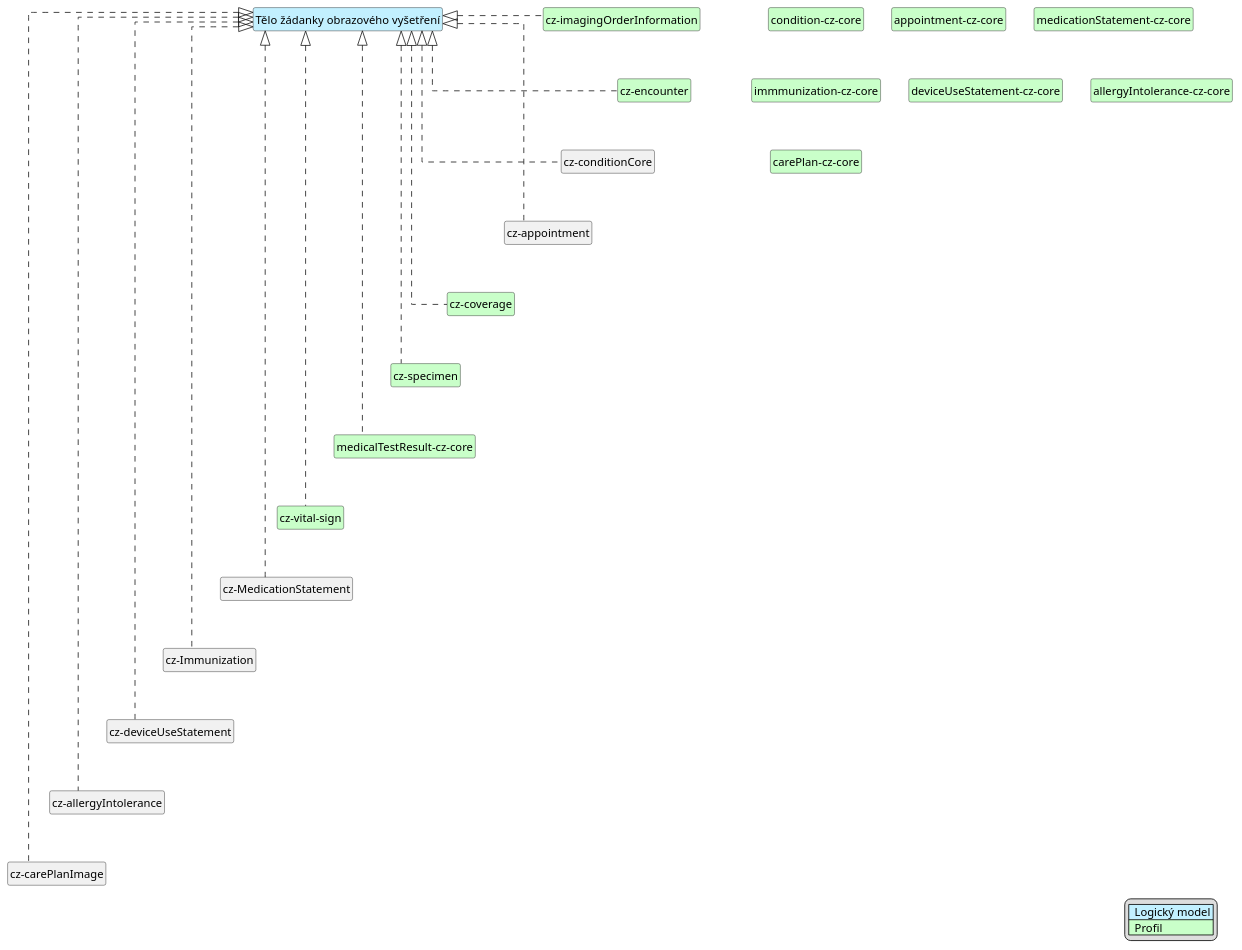
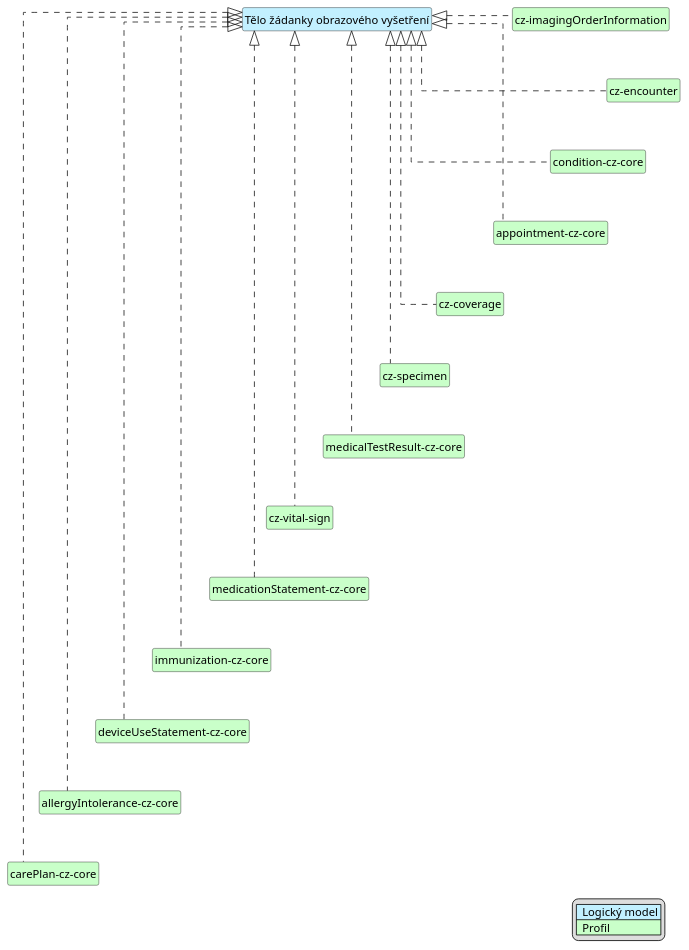
One commit to HL7-cz/img-order changed the diagram in input/images-source/imgOrderBody-map-cs.plantuml. Above: the diagram before and after it, drawn with PlantUML. The commit also changed 1 other file, not shown here.

Commit message:
Fix plantuml of body mapping

```diff
--- a/input/images-source/imgOrderBody-map-cs.plantuml
+++ b/input/images-source/imgOrderBody-map-cs.plantuml
@@ -1,58 +1,58 @@
 @startuml
 hide circle
 hide stereotype
 hide members
 hide methods
 skinparam linetype ortho
 skinparam class {
 BackgroundColor<<LogicalModel>> #APPLICATION
 BackgroundColor<<Profile>> #TECHNOLOGY
 }
 legend right
 | <#APPLICATION>  Logický model |
 | <#TECHNOLOGY>  Profil |
 endlegend
 class "Tělo žádanky obrazového vyšetření" <<LogicalModel>> [[StructureDefinition-BodyImageOrderCz.html]]
 
 class "cz-imagingOrderInformation" <<Profile>> [[StructureDefinition-cz-imagingOrderInformation.html]]
 class "condition-cz-core" <<Profile>> [[https://hl7.cz/fhir/core/StructureDefinition-condition-cz-core.html]]
 class "cz-encounter" <<Profile>> [[https://hl7.cz/fhir/core/StructureDefinition-cz-encounter.html]]
 class "cz-coverage" <<Profile>> [[https://hl7.cz/fhir/core/StructureDefinition-cz-coverage.html]]
 class "appointment-cz-core" <<Profile>> [[https://hl7.cz/fhir/core/StructureDefinition-appointment-cz-core.html]]
 class "cz-specimen" <<Profile>> [[https://hl7.cz/fhir/core/StructureDefinition-cz-specimen.html]]
 class "medicalTestResult-cz-core" <<Profile>> [[https://hl7.cz/fhir/core/StructureDefinition-medicalTestResult-cz-core.html]]
 class "cz-vital-sign" <<Profile>> [[StructureDefinition-cz-vital-sign.html]]
 class "medicationStatement-cz-core" <<Profile>> [[https://hl7.cz/fhir/core/StructureDefinition-medicationStatement-cz-core.html]]
-class "immmunization-cz-core" <<Profile>> [[https://hl7.cz/fhir/core/StructureDefinition-immunization-cz-core.html]]
+class "immunization-cz-core" <<Profile>> [[https://hl7.cz/fhir/core/StructureDefinition-immunization-cz-core.html]]
 class "deviceUseStatement-cz-core" <<Profile>> [[https://hl7.cz/fhir/core/StructureDefinition-deviceUseStatement-cz-core.html]]
 class "allergyIntolerance-cz-core" <<Profile>> [[https://hl7.cz/fhir/core/StructureDefinition-allergyIntolerance-cz-core.html]]
 class "carePlan-cz-core" <<Profile>> [[https://hl7.cz/fhir/core/StructureDefinition-carePlan-cz-core.html]]
 
 "Tělo žádanky obrazového vyšetření" <|. "cz-imagingOrderInformation"
-"Tělo žádanky obrazového vyšetření" <|. "cz-appointment"
+"Tělo žádanky obrazového vyšetření" <|. "appointment-cz-core"
 "Tělo žádanky obrazového vyšetření" <|. "cz-coverage"
-"Tělo žádanky obrazového vyšetření" <|. "cz-conditionCore"
+"Tělo žádanky obrazového vyšetření" <|. "condition-cz-core"
 "Tělo žádanky obrazového vyšetření" <|. "cz-encounter"
 "Tělo žádanky obrazového vyšetření" <|. "cz-specimen"
 "Tělo žádanky obrazového vyšetření" <|. "medicalTestResult-cz-core"
 "Tělo žádanky obrazového vyšetření" <|. "cz-vital-sign"
-"Tělo žádanky obrazového vyšetření" <|. "cz-MedicationStatement"
-"Tělo žádanky obrazového vyšetření" <|. "cz-Immunization"
-"Tělo žádanky obrazového vyšetření" <|. "cz-deviceUseStatement"
-"Tělo žádanky obrazového vyšetření" <|. "cz-allergyIntolerance"
-"Tělo žádanky obrazového vyšetření" <|. "cz-carePlanImage"
+"Tělo žádanky obrazového vyšetření" <|. "medicationStatement-cz-core"
+"Tělo žádanky obrazového vyšetření" <|. "immunization-cz-core"
+"Tělo žádanky obrazového vyšetření" <|. "deviceUseStatement-cz-core"
+"Tělo žádanky obrazového vyšetření" <|. "allergyIntolerance-cz-core"
+"Tělo žádanky obrazového vyšetření" <|. "carePlan-cz-core"
 
 "cz-imagingOrderInformation" -d[hidden]-> "cz-encounter"
-"cz-encounter" -d[hidden]-> "cz-conditionCore"
-"cz-conditionCore" -d[hidden]-> "cz-appointment"
-"cz-appointment" -d[hidden]-> "cz-coverage"
+"cz-encounter" -d[hidden]-> "condition-cz-core"
+"condition-cz-core" -d[hidden]-> "appointment-cz-core"
+"appointment-cz-core" -d[hidden]-> "cz-coverage"
 "cz-coverage" -d[hidden]-> "cz-specimen"
 "cz-specimen" -d[hidden]-> "medicalTestResult-cz-core"
 "medicalTestResult-cz-core" -d[hidden]-> "cz-vital-sign"
-"cz-vital-sign" -d[hidden]-> "cz-MedicationStatement"
-"cz-MedicationStatement" -d[hidden]-> "cz-Immunization"
-"cz-Immunization" -d[hidden]-> "cz-deviceUseStatement"
-"cz-deviceUseStatement" -d[hidden]-> "cz-allergyIntolerance"
-"cz-allergyIntolerance" -d[hidden]-> "cz-carePlanImage"
+"cz-vital-sign" -d[hidden]-> "medicationStatement-cz-core"
+"medicationStatement-cz-core" -d[hidden]-> "immunization-cz-core"
+"immunization-cz-core" -d[hidden]-> "deviceUseStatement-cz-core"
+"deviceUseStatement-cz-core" -d[hidden]-> "allergyIntolerance-cz-core"
+"allergyIntolerance-cz-core" -d[hidden]-> "carePlan-cz-core"
 
 @enduml
```
